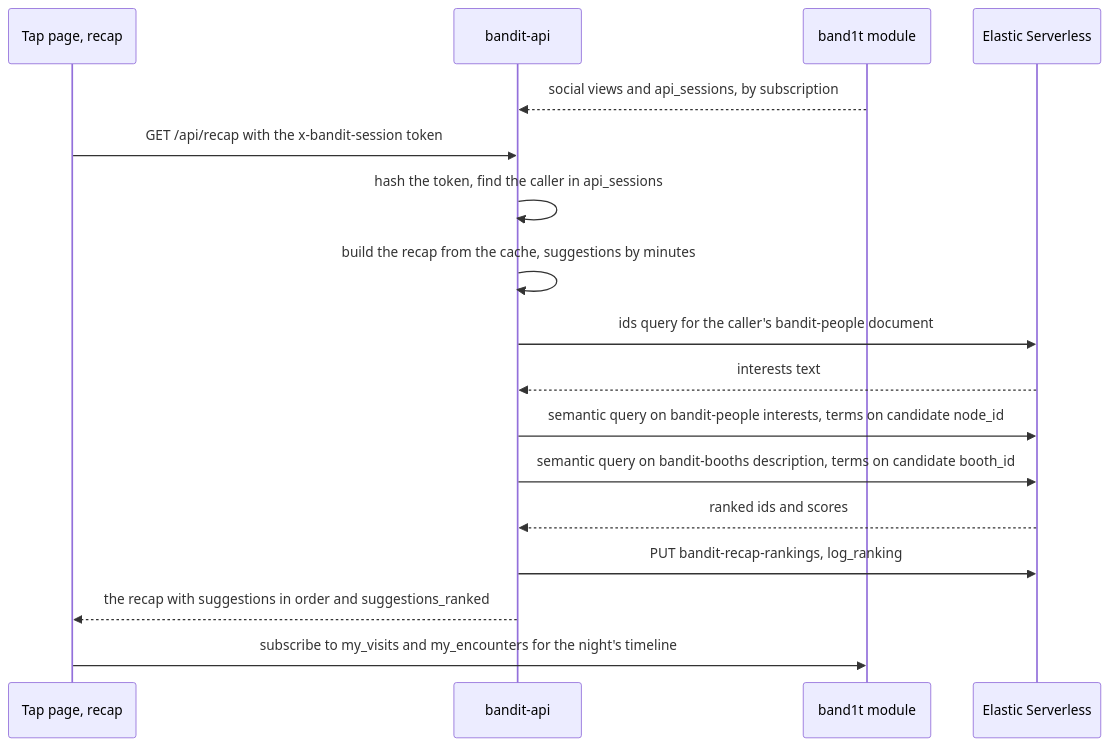
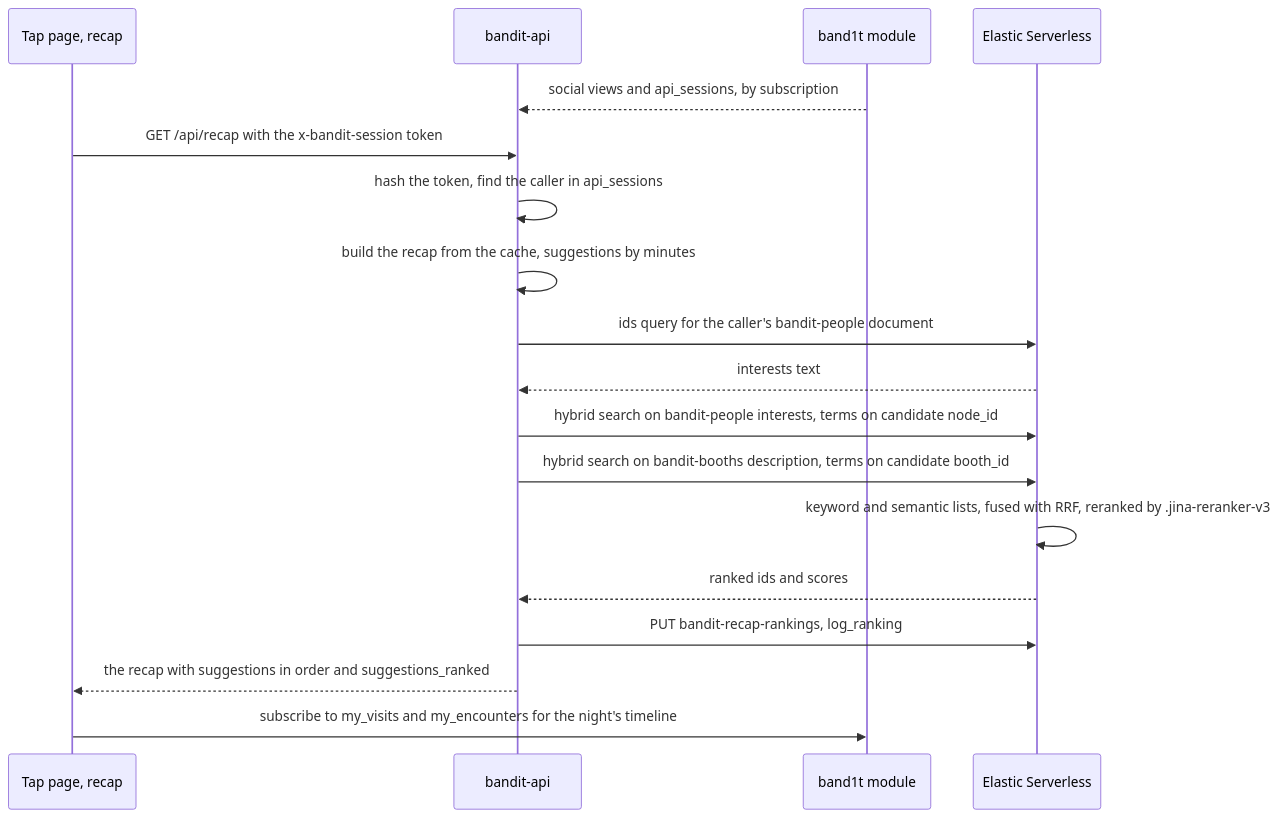
Before and after one commit to viktorinkov/cal-hacks-13: the sixth of 8 diagrams in System Design/7-integrations/Elastic.md, drawn with Mermaid. The commit also changed other lines of this file and 8 other files, not shown here.

Commit message:
design: hybrid search with rerank for clauses and the recap

````diff
--- a/System Design/7-integrations/Elastic.md
+++ b/System Design/7-integrations/Elastic.md
@@ -555,19 +560,20 @@
 ```mermaid
 sequenceDiagram
   participant APP as Tap page, recap
   participant API as bandit-api
   participant STDB as band1t module
   participant ES as Elastic Serverless
   STDB-->>API: social views and api_sessions, by subscription
   APP->>API: GET /api/recap with the x-bandit-session token
   API->>API: hash the token, find the caller in api_sessions
   API->>API: build the recap from the cache, suggestions by minutes
   API->>ES: ids query for the caller's bandit-people document
   ES-->>API: interests text
-  API->>ES: semantic query on bandit-people interests, terms on candidate node_id
-  API->>ES: semantic query on bandit-booths description, terms on candidate booth_id
+  API->>ES: hybrid search on bandit-people interests, terms on candidate node_id
+  API->>ES: hybrid search on bandit-booths description, terms on candidate booth_id
+  ES->>ES: keyword and semantic lists, fused with RRF, reranked by .jina-reranker-v3
   ES-->>API: ranked ids and scores
   API->>ES: PUT bandit-recap-rankings, log_ranking
   API-->>APP: the recap with suggestions in order and suggestions_ranked
   APP->>STDB: subscribe to my_visits and my_encounters for the night's timeline
 ```
````
